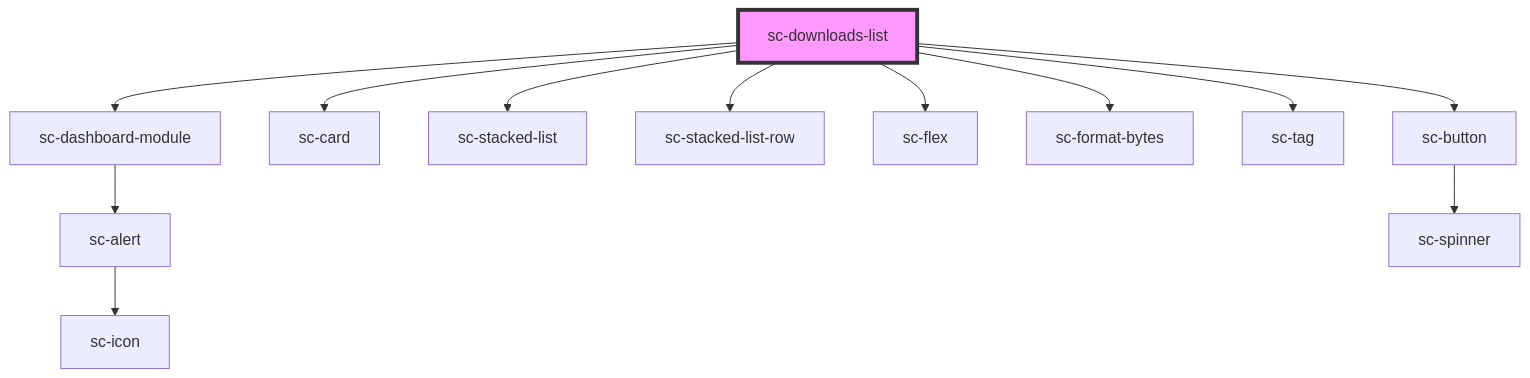
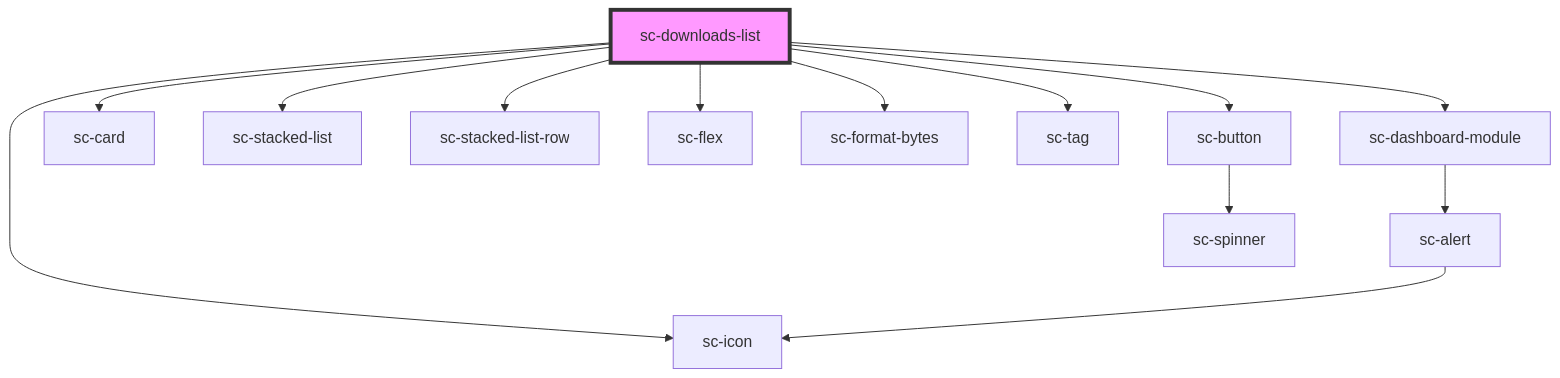
Before and after one commit to surecart/surecart-wp-plugin: the diagram in packages/components/src/components/controllers/dashboard/sc-downloads-list/readme.md, drawn with Mermaid. The commit also changed other lines of this file and 10 other files, not shown here.

````diff
--- a/packages/components/src/components/controllers/dashboard/sc-downloads-list/readme.md
+++ b/packages/components/src/components/controllers/dashboard/sc-downloads-list/readme.md
@@ -38,15 +39,16 @@
 ```mermaid
 graph TD;
+  sc-downloads-list --> sc-icon
   sc-downloads-list --> sc-dashboard-module
   sc-downloads-list --> sc-card
   sc-downloads-list --> sc-stacked-list
   sc-downloads-list --> sc-stacked-list-row
   sc-downloads-list --> sc-flex
   sc-downloads-list --> sc-format-bytes
   sc-downloads-list --> sc-tag
   sc-downloads-list --> sc-button
   sc-dashboard-module --> sc-alert
   sc-alert --> sc-icon
   sc-button --> sc-spinner
   style sc-downloads-list fill:#f9f,stroke:#333,stroke-width:4px
 ```
````
